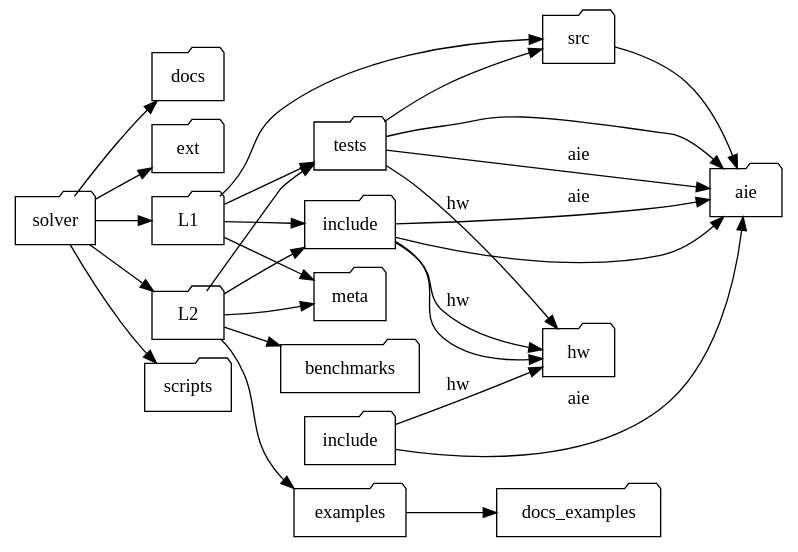
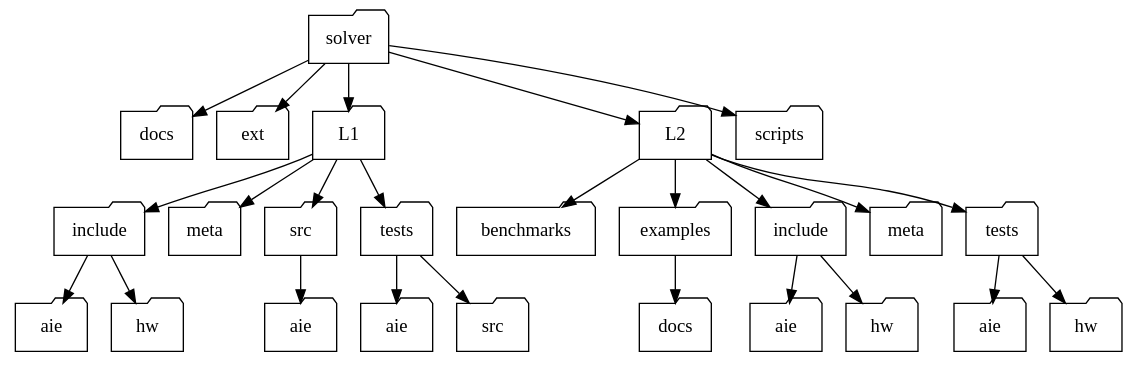
Before and after one commit to Xilinx/Vitis_Libraries: the diagram in solver/docs/src/user_guide/L2/introduction.rst, drawn with Graphviz. The commit also changed other lines of this file and 743 other files, not shown here.

```diff
--- a/solver/docs/src/user_guide/L2/introduction.rst
+++ b/solver/docs/src/user_guide/L2/introduction.rst
@@ -62,44 +62,58 @@
 .. graphviz::
 
    digraph solver {
-       rankdir=LR;
        node [shape=folder];
        solver -> docs;
        solver -> ext;
        solver -> L1;
        solver -> L2;
        solver -> scripts;
 
-       L1 -> include;
-       L1 -> meta;
-       L1 -> src;
-       L1 -> tests;
+       L1 -> L1_include;
+       L1 -> L1_meta;
+       L1 -> L1_src;
+       L1 -> L1_tests;
 
-       include -> aie;
-       include -> hw;
+       L1_include -> L1_include_aie;
+       L1_include -> L1_include_hw;
 
-       src -> aie;
+       L1_src -> L1_src_aie;
 
-       tests -> aie;
-       tests -> src;
+       L1_tests -> L1_tests_aie;
+       L1_tests -> L1_tests_src;
 
-       L2 -> benchmarks;
-       L2 -> examples;
-       L2 -> include;
-       L2 -> meta;
-       L2 -> tests;
+       L2 -> L2_benchmarks;
+       L2 -> L2_examples;
+       L2 -> L2_include;
+       L2 -> L2_meta;
+       L2 -> L2_tests;
 
-       examples -> docs_examples;
+       L2_examples -> L2_examples_docs;
 
-       include [label="include"];
-       include -> aie [label="aie"];
-       include -> hw [label="hw"];
+       L2_include -> L2_include_aie;
+       L2_include -> L2_include_hw;
+
+       L2_tests -> L2_tests_aie;
+       L2_tests -> L2_tests_hw;
+
+       L1_include [label="include"];
+       L1_include_aie [label="aie"];
+       L1_include_hw [label="hw"];
+       L1_meta [label="meta"];
+       L1_src [label="src"];
+       L1_src_aie [label="aie"];
+       L1_tests [label="tests"];
+       L1_tests_aie [label="aie"];
+       L1_tests_src [label="src"];
 
        L2_include [label="include"];
-       L2_include -> aie [label="aie"];
-       L2_include -> hw [label="hw"];
-       L2 -> L2_include [style=invis];
-
-       tests -> aie [label="aie"];
-       tests -> hw [label="hw"];
+       L2_include_aie [label="aie"];
+       L2_include_hw [label="hw"];
+       L2_benchmarks [label="benchmarks"];
+       L2_examples [label="examples"];
+       L2_examples_docs [label="docs"];
+       L2_meta [label="meta"];
+       L2_tests [label="tests"];
+       L2_tests_aie [label="aie"];
+       L2_tests_hw [label="hw"];
    }
```
